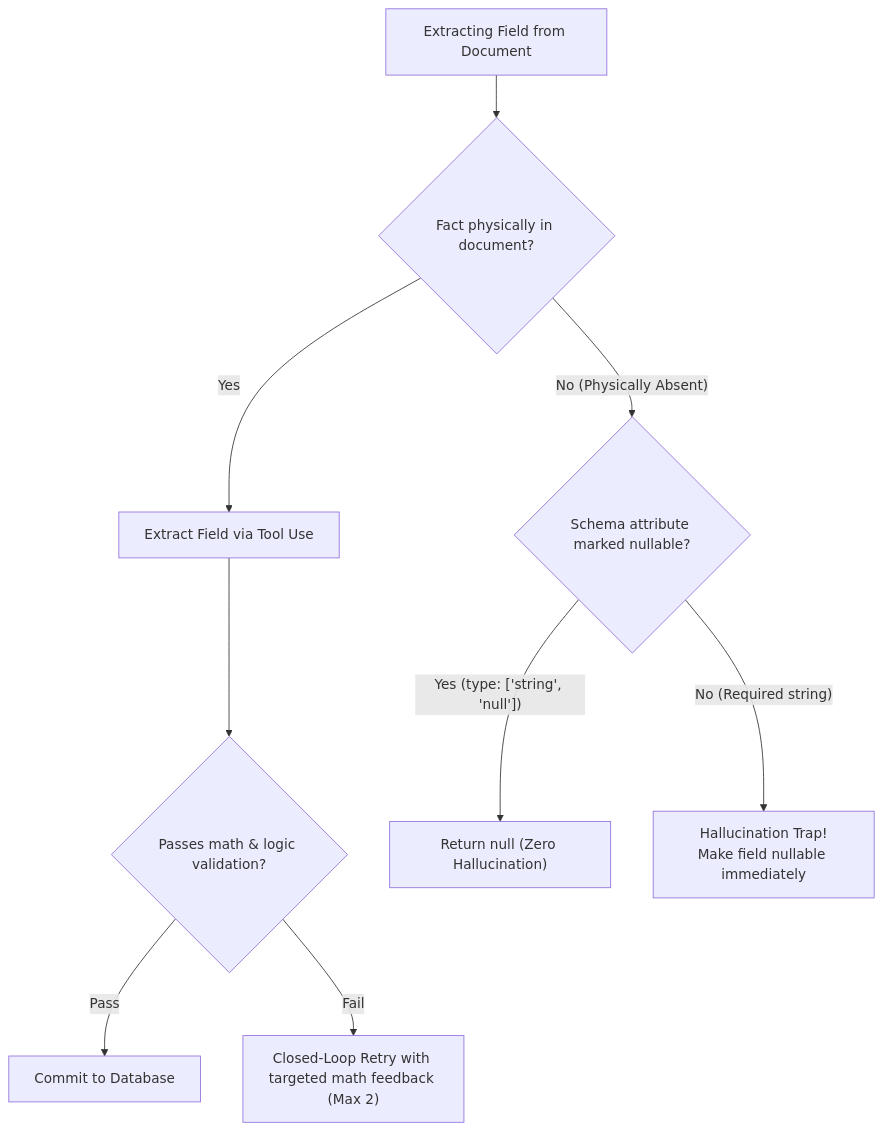
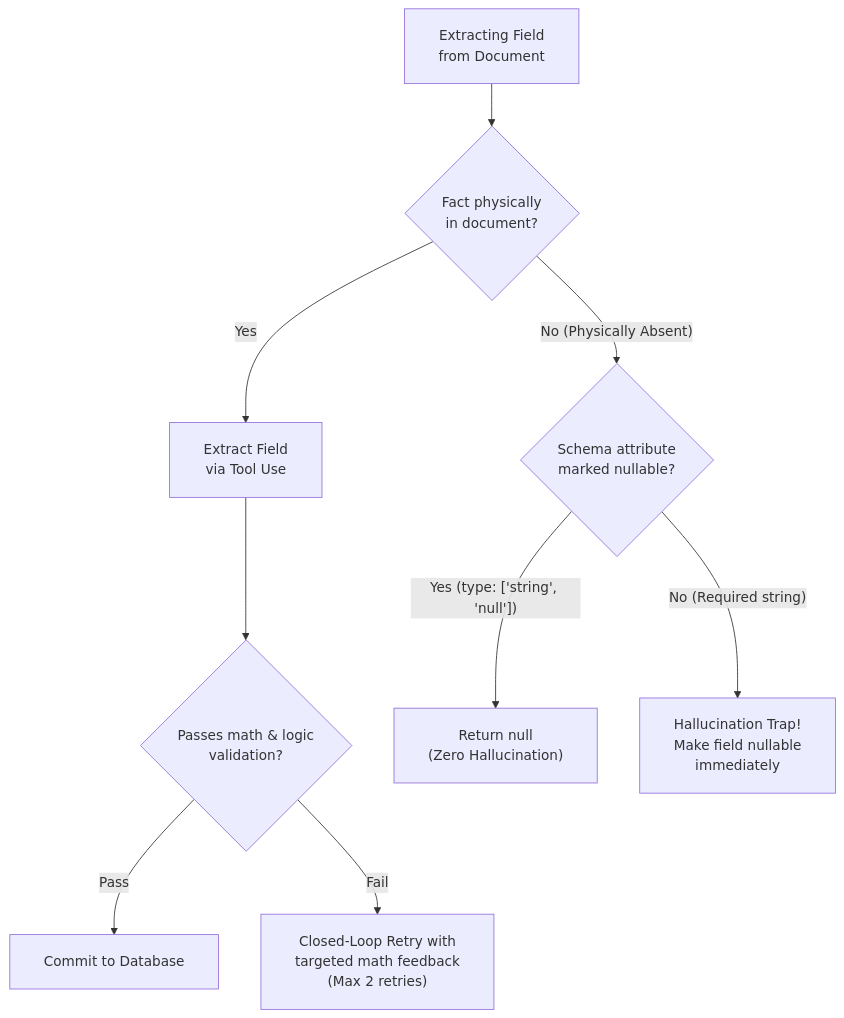
The third of 6 diagrams in scenarios/MASTER_SCENARIO_PRACTICE.md (dip4k/claude_cert_architect_foundation_prep), drawn with Mermaid before and after one commit. The commit also changed other lines of this file and 31 other files, not shown here.

First line of the commit message:
docs(diagrams): fix text trimming, padding, and layout in all mermaid diagrams

````diff
--- a/scenarios/MASTER_SCENARIO_PRACTICE.md
+++ b/scenarios/MASTER_SCENARIO_PRACTICE.md
@@ -72,13 +74,14 @@
 ```mermaid
+%%{init: {"flowchart": {"htmlLabels": true, "padding": 20}}}%%
 flowchart TD
-    ExtractDoc["Extracting Field from Document"] --> FactPresent{"Fact physically in document?"}
+    ExtractDoc["Extracting Field<br/>from Document"] --> FactPresent{"Fact physically<br/>in document?"}
     
-    FactPresent -- "Yes" --> ExtractField["Extract Field via Tool Use"]
-    ExtractField --> MathCheck{"Passes math & logic validation?"}
+    FactPresent -- "Yes" --> ExtractField["Extract Field<br/>via Tool Use"]
+    ExtractField --> MathCheck{"Passes math & logic<br/>validation?"}
     MathCheck -- "Pass" --> Commit["Commit to Database"]
-    MathCheck -- "Fail" --> Retry["Closed-Loop Retry with targeted math feedback (Max 2)"]
+    MathCheck -- "Fail" --> Retry["Closed-Loop Retry with<br/>targeted math feedback<br/>(Max 2 retries)"]
     
-    FactPresent -- "No (Physically Absent)" --> NullableCheck{"Schema attribute marked nullable?"}
-    NullableCheck -- "Yes (type: ['string', 'null'])" --> ReturnNull["Return null (Zero Hallucination)"]
-    NullableCheck -- "No (Required string)" --> Trap["Hallucination Trap!<br/>Make field nullable immediately"]
+    FactPresent -- "No (Physically Absent)" --> NullableCheck{"Schema attribute<br/>marked nullable?"}
+    NullableCheck -- "Yes (type: ['string', 'null'])" --> ReturnNull["Return null<br/>(Zero Hallucination)"]
+    NullableCheck -- "No (Required string)" --> Trap["Hallucination Trap!<br/>Make field nullable<br/>immediately"]
 ```
````
